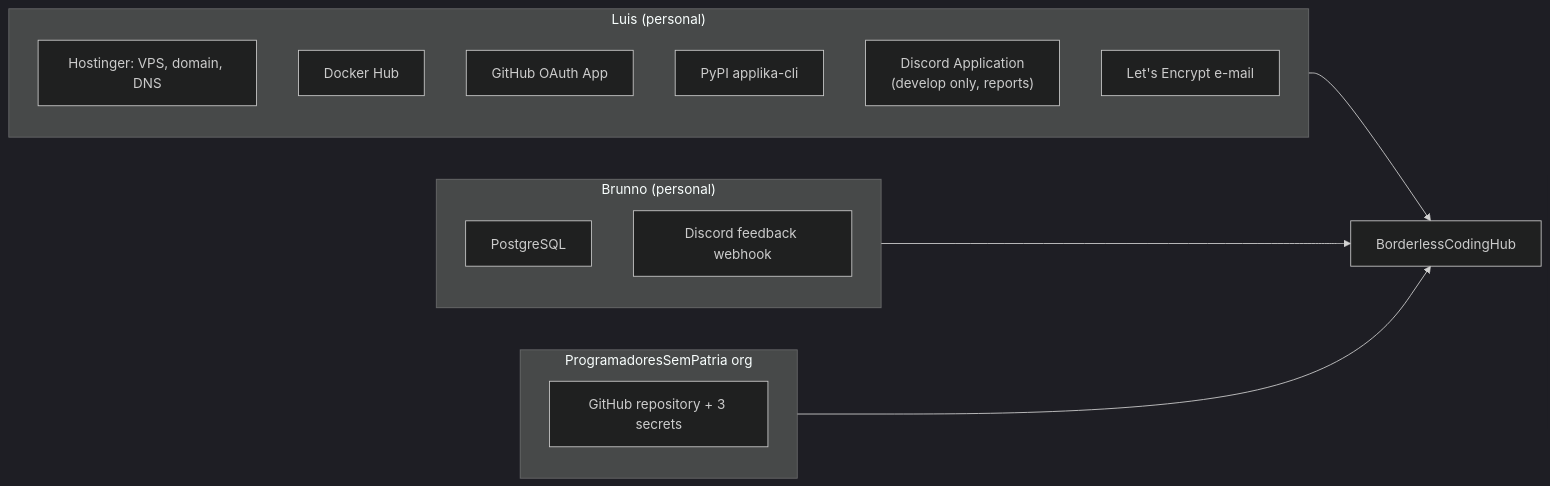
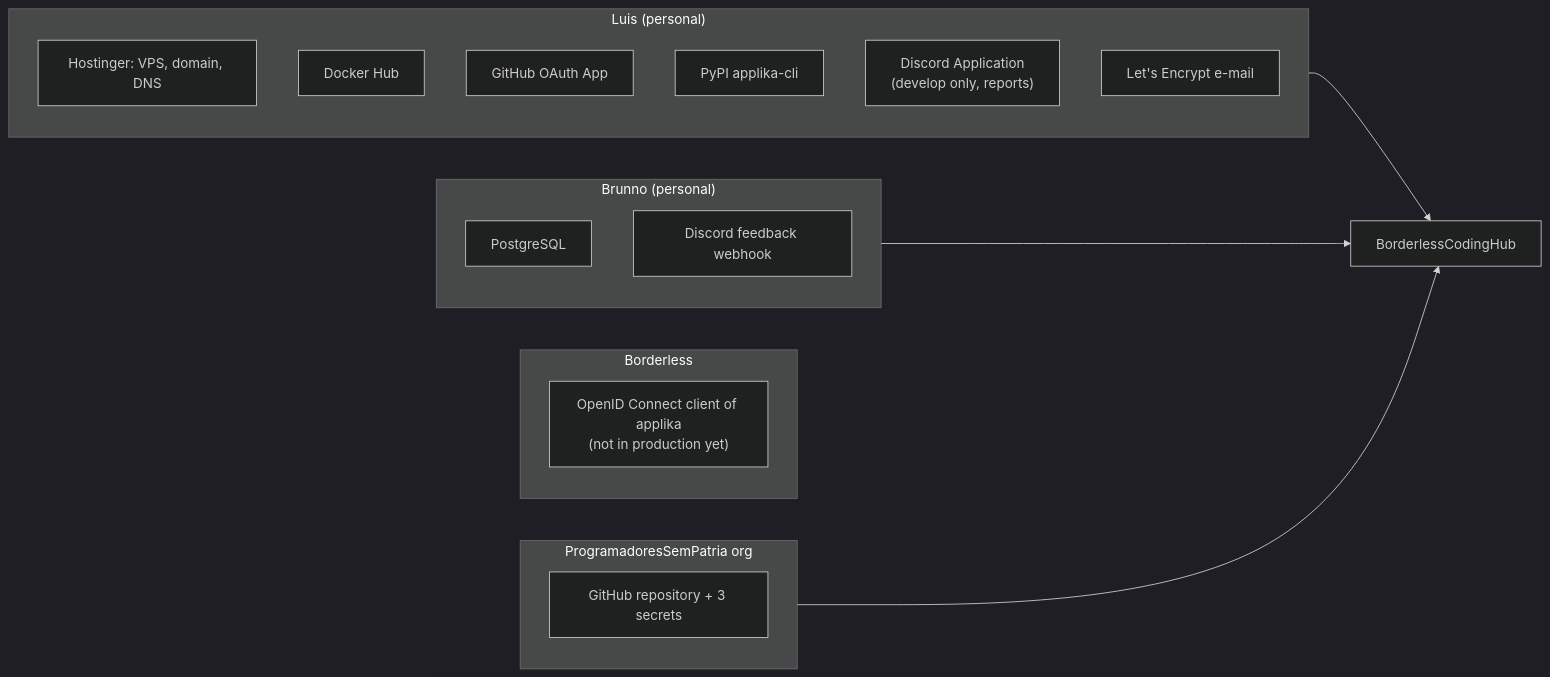
Before and after one commit to BorderlessCodingHub/applika: diagram 12 of 12 in docs/infrastructure.md, drawn with Mermaid (dark theme). The commit also changed other lines of this file and 12 other files, not shown here.

Commit message:
docs(auth): document borderless openid connect sign-in

````diff
--- a/docs/infrastructure.md
+++ b/docs/infrastructure.md
@@ -412,21 +515,24 @@
 ```mermaid
 flowchart LR
     subgraph luis["Luis (personal)"]
         l1["Hostinger: VPS, domain, DNS"]
         l2["Docker Hub"]
         l3["GitHub OAuth App"]
         l4["PyPI applika-cli"]
         l5["Discord Application<br/>(develop only, reports)"]
         l6["Let's Encrypt e-mail"]
+    end
+    subgraph bl["Borderless"]
+        o1["OpenID Connect client of applika<br/>(not in production yet)"]
     end
     subgraph brunno["Brunno (personal)"]
         b1["PostgreSQL"]
         b2["Discord feedback webhook"]
     end
     subgraph psp["ProgramadoresSemPatria org"]
         r1["GitHub repository + 3 secrets"]
     end
     luis --> bch["BorderlessCodingHub"]
     brunno --> bch
     psp --> bch
 ```
````
